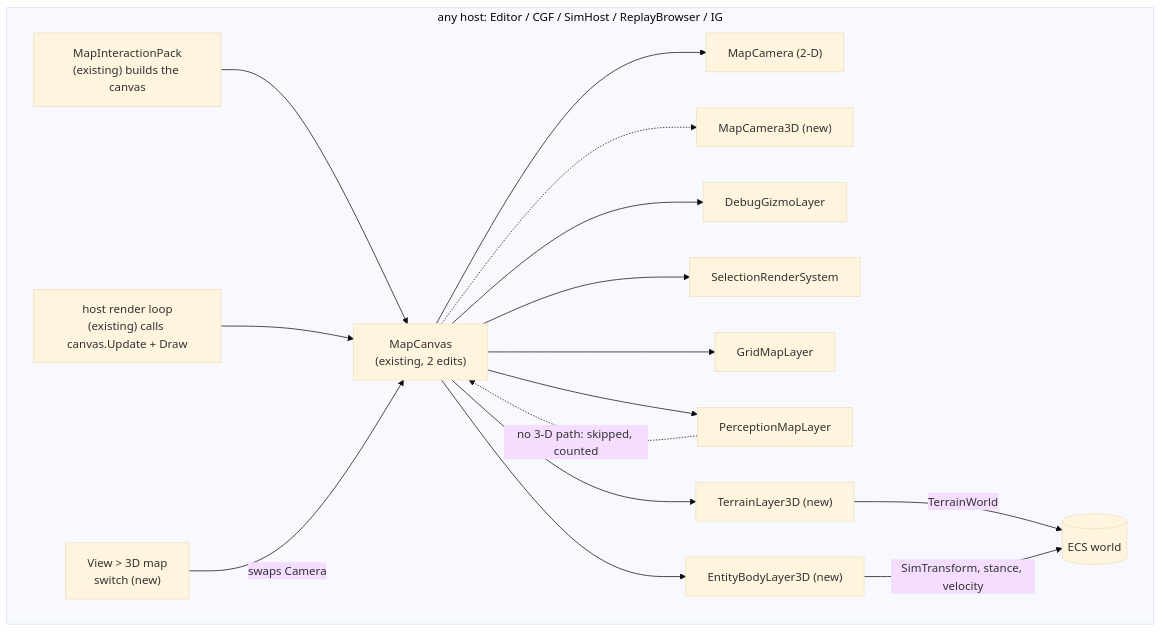
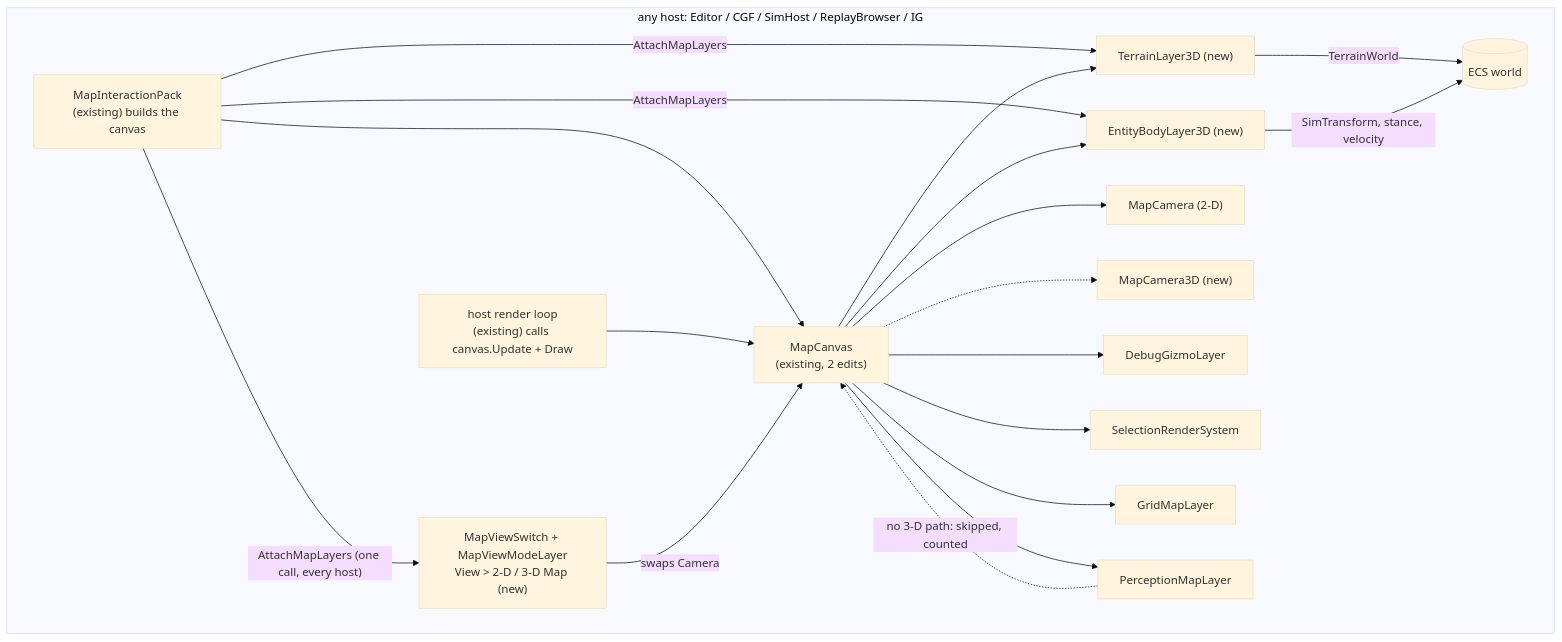
The first of 10 diagrams in docs/DESIGN_Map_3D_Mode.md (pjanec/HROT), drawn with Mermaid (base theme) before and after one commit. The commit also changed other lines of this file and 20 other files, not shown here.

````diff
--- a/docs/DESIGN_Map_3D_Mode.md
+++ b/docs/DESIGN_Map_3D_Mode.md
@@ -96,32 +101,35 @@
 ```mermaid
 graph TD
   subgraph HOST["any host: Editor / CGF / SimHost / ReplayBrowser / IG"]
     LOOP["host render loop<br/>(existing) calls canvas.Update + Draw"]
     MP["MapInteractionPack<br/>(existing) builds the canvas"]
     MC["MapCanvas<br/>(existing, 2 edits)"]
     C2["MapCamera (2-D)"]
     C3["MapCamera3D (new)"]
-    SW["View > 3D map<br/>switch (new)"]
+    SW["MapViewSwitch + MapViewModeLayer<br/>View > 2-D / 3-D Map (new)"]
     L1["DebugGizmoLayer"]
     L2["SelectionRenderSystem"]
     L3["GridMapLayer"]
     L4["PerceptionMapLayer"]
     T3["TerrainLayer3D (new)"]
     E3["EntityBodyLayer3D (new)"]
     W[(ECS world)]
     MP --> MC
+    MP -- "AttachMapLayers (one call, every host)" --> SW
+    MP -- AttachMapLayers --> T3
+    MP -- AttachMapLayers --> E3
     LOOP --> MC
     SW -- "swaps Camera" --> MC
     MC --> C2
     MC -.-> C3
     MC --> L1
     MC --> L2
     MC --> L3
     MC --> L4
     MC --> T3
     MC --> E3
     T3 -- TerrainWorld --> W
     E3 -- SimTransform, stance, velocity --> W
   end
   L4 -. "no 3-D path: skipped, counted" .-> MC
 ```
````
